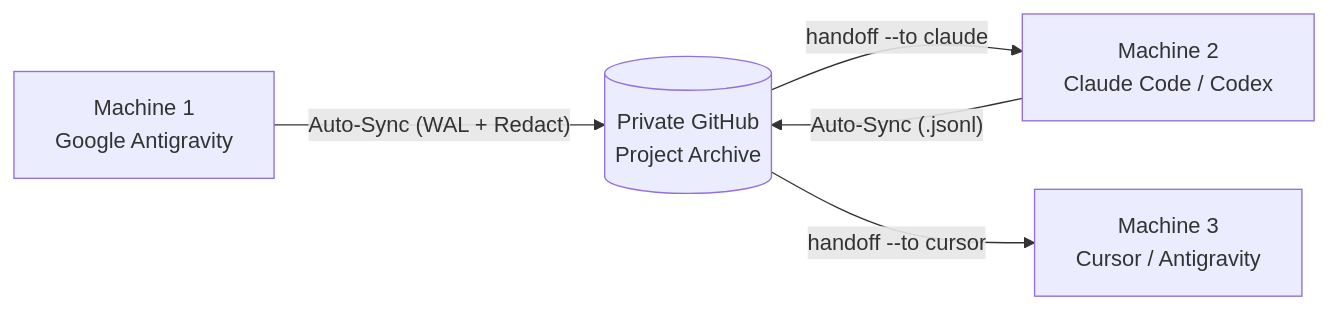
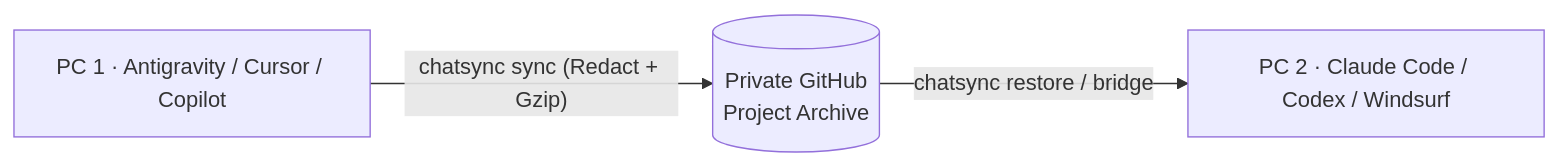
The diagram in README.md (MahmoudELsawy0357/antigravity-chat-sync), drawn with Mermaid before and after one commit. The commit also changed other lines of this file and 24 other files, not shown here.

Commit message:
feat!: rebrand to chatsync v3.0 with universal AI agent adapters, zero-GitHub single-PC bridge & 1-line global installer

````diff
--- a/README.md
+++ b/README.md
@@ -66,7 +98,5 @@
 ```mermaid
 flowchart LR
-    M1["Machine 1<br/>Google Antigravity"] -- "Auto-Sync (WAL + Redact)" --> GH[("Private GitHub<br/>Project Archive")]
-    GH -- "handoff --to claude" --> M2["Machine 2<br/>Claude Code / Codex"]
-    M2 -- "Auto-Sync (.jsonl)" --> GH
-    GH -- "handoff --to cursor" --> M3["Machine 3<br/>Cursor / Antigravity"]
+    M1["PC 1 · Antigravity / Cursor / Copilot"] -- "chatsync sync (Redact + Gzip)" --> GH[("Private GitHub<br/>Project Archive")]
+    GH -- "chatsync restore / bridge" --> M2["PC 2 · Claude Code / Codex / Windsurf"]
 ```
````
